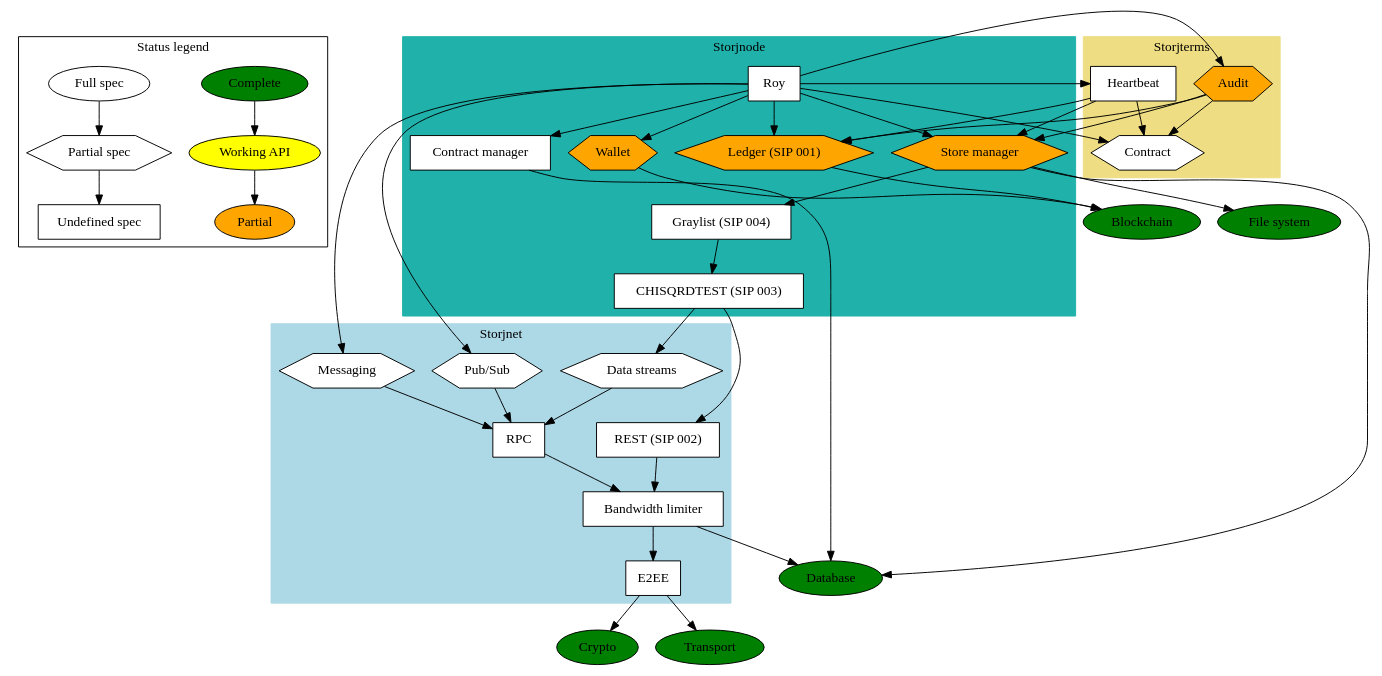
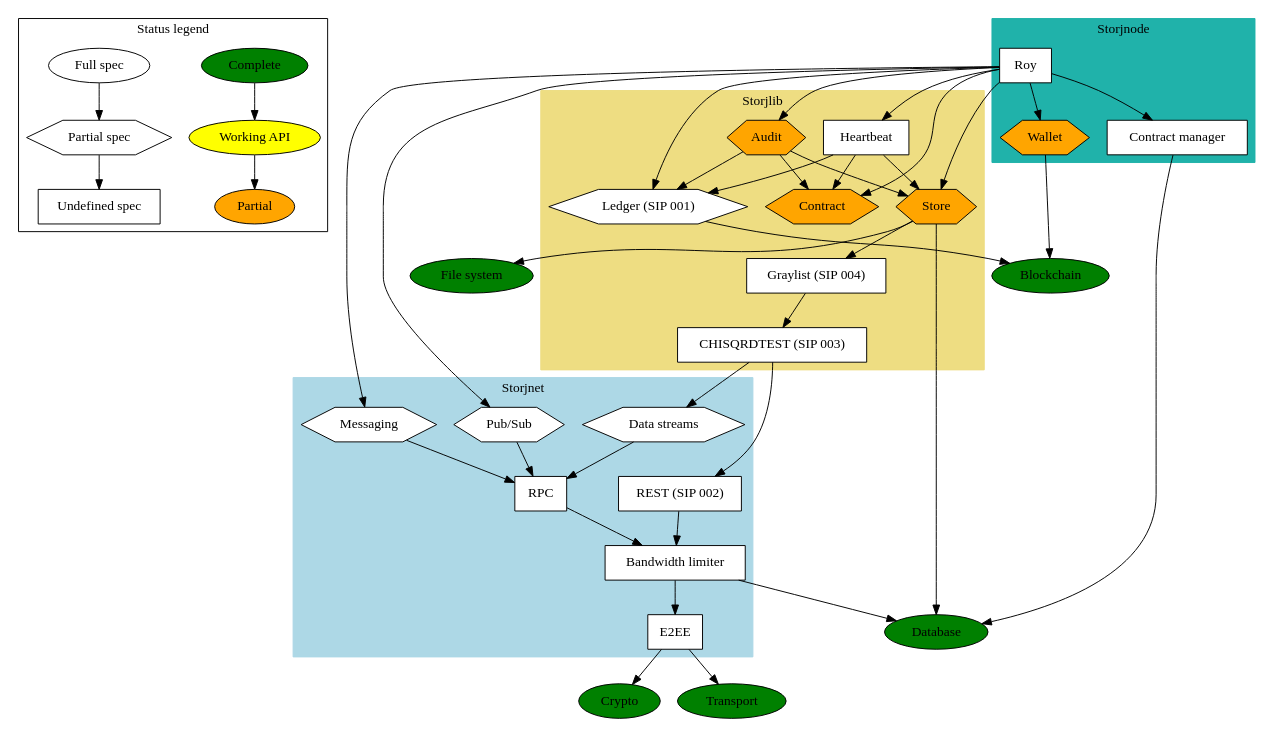
One commit to StorjOld/storjspec changed the diagram in status.dot. Above: the diagram before and after it, drawn with Graphviz. The commit also changed 18 other files, not shown here.

Commit message:
mv storjterms -> storjlib and rm storjnode

```diff
--- a/status.dot
+++ b/status.dot
@@ -1,105 +1,105 @@
 // syntax guide: http://www.graphviz.org/pdf/dotguide.pdf
 // compile png: `dot -Tpng status.dot -o status.png`
 // compile pdf: `dot -Tpdf status.dot -o status.pdf`
 
 
 digraph G {
     node [shape="box", style="filled", color="black", fillcolor="white"];
 
     // LEGEND
     subgraph cluster_0 {
         label = "Status legend";
 
         "Complete" [fillcolor=green, shape=ellipse];
         "Working API" [fillcolor=yellow, shape=ellipse];
         "Partial" [fillcolor=orange, shape=ellipse];
 
         "Full spec" [shape=ellipse];
         "Partial spec" [shape=hexagon];
         "Undefined spec" [shape=box];
     };
     "Complete" -> "Working API" -> "Partial";
     "Full spec" -> "Partial spec" -> "Undefined spec";
 
 
     // STORJNET
     subgraph cluster_1 {
         label = "Storjnet";
         style=filled;
         color=lightblue;
 
         "Pub/Sub" [shape=hexagon]; // enable publishing and subscribing to events
         "Data streams" [shape=hexagon]; // full duplex data transfer
         "Messaging" [shape=hexagon]; // to shortcut the pubsub after peer found
         "RPC"; // rpc calls and data transfer between clients
         "E2EE"; // End-to-end encryption
         "Bandwidth limiter";
         "REST (SIP 002)"; // put/get shards
     };
     "Pub/Sub" -> "RPC";
     "Messaging" -> "RPC";
     "Data streams" -> "RPC";
     "RPC" -> "Bandwidth limiter";
     "REST (SIP 002)" -> "Bandwidth limiter";
     "Bandwidth limiter" -> "E2EE";
     "E2EE" -> "Crypto";
     "E2EE" -> "Transport";
     "Bandwidth limiter" -> "Database";
 
-    // STORJTERMS
+    // STORJLIB
     subgraph cluster_2 {
-        label = "Storjterms";
+        label = "Storjlib";
         style=filled;
         color=lightgoldenrod;
 
-        "Contract" [shape=hexagon]; // terms of a storage contract between peers
+        "Contract" [fillcolor=orange, shape=hexagon]; // terms of a storage contract between peers
         "Audit" [fillcolor=orange, shape=hexagon]; // track state of a contract over time
+        "Store" [fillcolor=orange, shape=hexagon];
         "Heartbeat";
+        "Ledger (SIP 001)" [shape=hexagon];
+        "Graylist (SIP 004)";
+        "CHISQRDTEST (SIP 003)";
     };
     "Audit" -> "Contract"; // when/how to perform the audit
-    "Audit" -> "Store manager"; // perform audit challange
+    "Audit" -> "Store"; // perform audit challange
     "Audit" -> "Ledger (SIP 001)"; // save result in ledger
     "Heartbeat" -> "Contract";
-    "Heartbeat" -> "Store manager"; // perform heartbeat challange
+    "Heartbeat" -> "Store"; // perform heartbeat challange
     "Heartbeat" -> "Ledger (SIP 001)"; // save result in ledger
+    "Store" -> "File system";
+    "Store" -> "Graylist (SIP 004)";
+    "Store" -> "Database";
+    "Ledger (SIP 001)" -> "Blockchain";
+    "Graylist (SIP 004)" -> "CHISQRDTEST (SIP 003)";
+    "CHISQRDTEST (SIP 003)" -> "Data streams";
+    "CHISQRDTEST (SIP 003)" -> "REST (SIP 002)";
 
     // STORJNODE
     subgraph cluster_3 {
         label = "Storjnode";
         style=filled;
         color=lightseagreen;
 
         "Roy"; // for sending/receiving of funds for services used 
-        "Store manager" [fillcolor=orange, shape=hexagon];
         "Wallet" [fillcolor=orange, shape=hexagon];
         "Contract manager"; // Store contracts
-        "CHISQRDTEST (SIP 003)";
-        "Graylist (SIP 004)";
-        "Ledger (SIP 001)" [fillcolor=orange, shape=hexagon];
     };
     "Roy" -> "Contract manager";
     "Contract manager" -> "Database";
-    "Store manager" -> "File system";
-    "Store manager" -> "Graylist (SIP 004)";
-    "Store manager" -> "Database";
-    "Graylist (SIP 004)" -> "CHISQRDTEST (SIP 003)";
-    "CHISQRDTEST (SIP 003)" -> "Data streams";
-    "CHISQRDTEST (SIP 003)" -> "REST (SIP 002)";
     "Wallet" -> "Blockchain";
     "Roy" -> "Messaging";
     "Roy" -> "Audit"; // perform audits
     "Roy" -> "Contract"; // verify agreed to use/provide a service
     "Roy" -> "Heartbeat";
     "Roy" -> "Ledger (SIP 001)"; // verify service was used/provided
     "Roy" -> "Wallet"; // transfer funds
     "Roy" -> "Pub/Sub"; // ask/bid on contracts
-    "Roy" -> "Store manager";
-    "Ledger (SIP 001)" -> "Blockchain";
+    "Roy" -> "Store";
 
     // EXTERNAL
     "File system" [fillcolor=green, shape=ellipse];
     "Crypto" [fillcolor=green, shape=ellipse];
     "Database" [fillcolor=green, shape=ellipse];
     "Blockchain" [fillcolor=green, shape=ellipse];
     "Transport" [fillcolor=green, shape=ellipse];
 }
```
